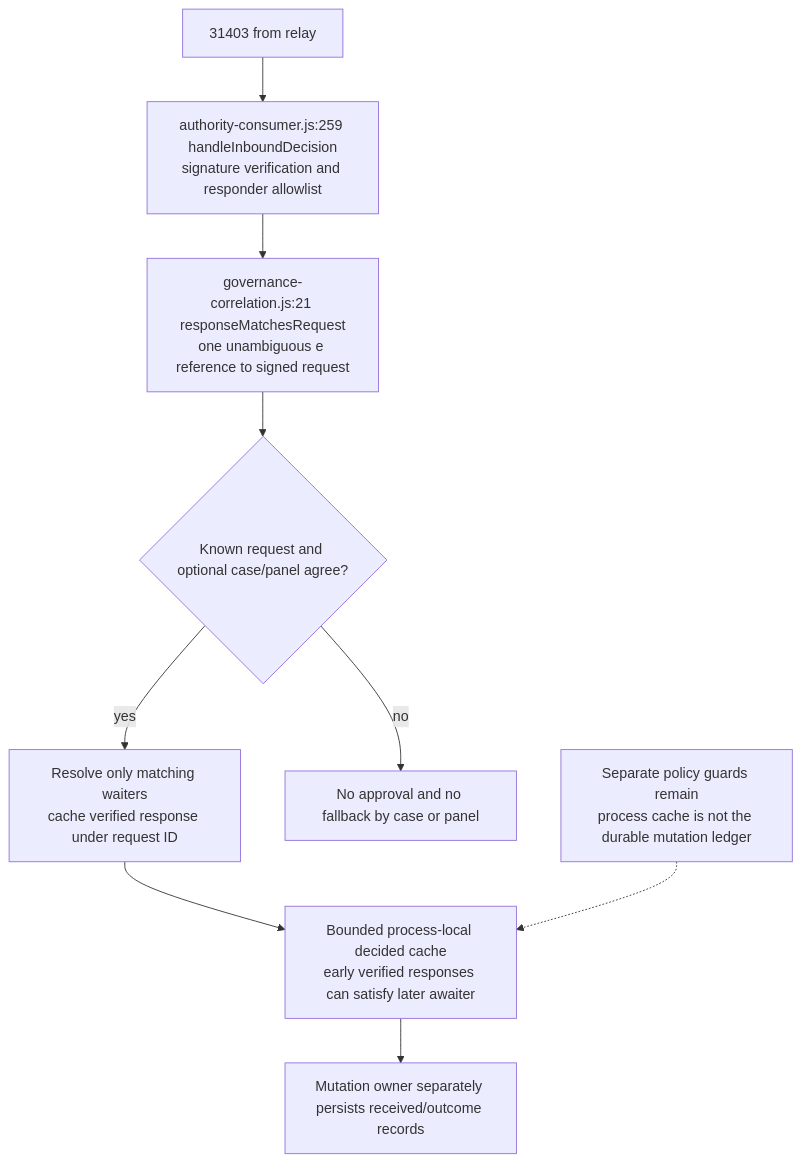
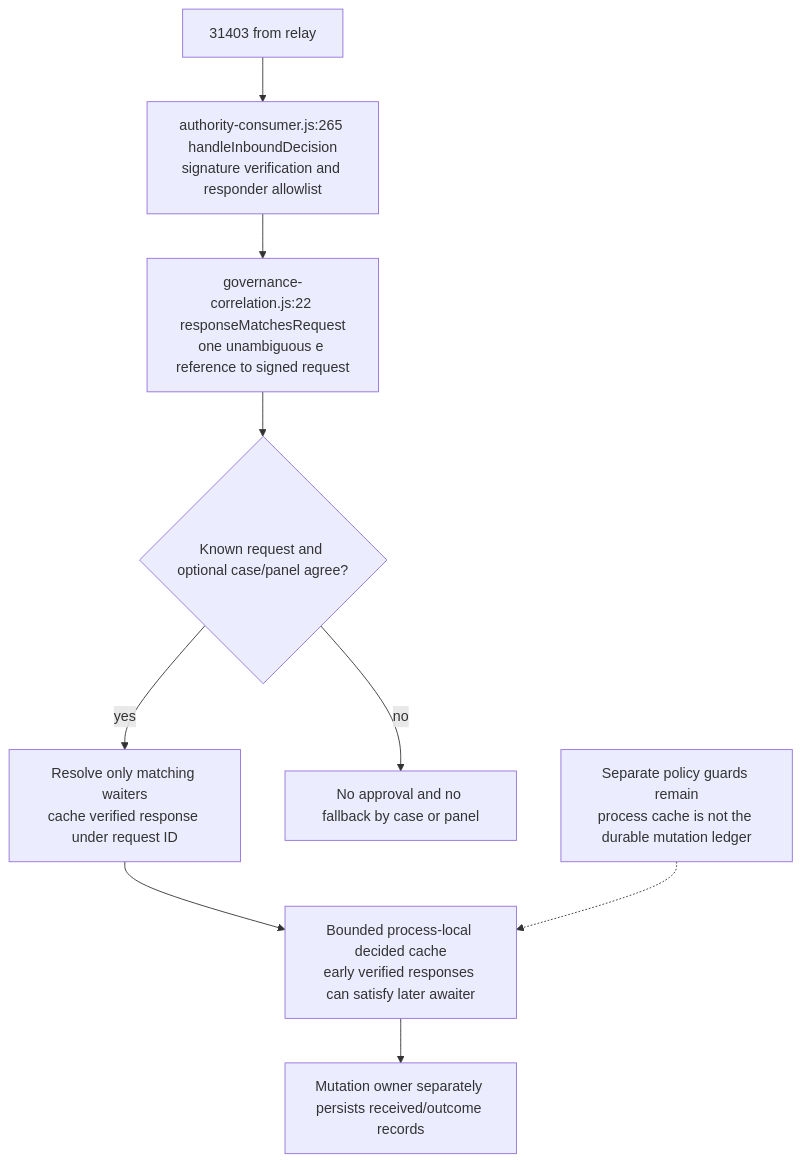
Before and after one commit to DreamLab-AI/VisionFlow: diagram 11 of 16 in docs/diagrams/agentbox/11-identity-did-mandate-authority.md, drawn with Mermaid. The commit also changed other lines of this file and 8 other files, not shown here.

First line of the commit message:
docs(diagrams): re-verify the NIP-98 proxy topics and the custody counts at agentbox 0693c761c (VF-DIAGRAM-NIP98-DRIFT)

````diff
--- a/docs/diagrams/agentbox/11-identity-did-mandate-authority.md
+++ b/docs/diagrams/agentbox/11-identity-did-mandate-authority.md
@@ -478,11 +478,11 @@
 ```mermaid
 flowchart TD
-    Event["31403 from relay"] --> Verify["authority-consumer.js:259 handleInboundDecision<br/>signature verification and responder allowlist"]
-    Verify --> Reference["governance-correlation.js:21 responseMatchesRequest<br/>one unambiguous e reference to signed request"]
+    Event["31403 from relay"] --> Verify["authority-consumer.js:265 handleInboundDecision<br/>signature verification and responder allowlist"]
+    Verify --> Reference["governance-correlation.js:22 responseMatchesRequest<br/>one unambiguous e reference to signed request"]
     Reference --> Match{"Known request and optional case/panel agree?"}
     Match -->|yes| Resolve["Resolve only matching waiters<br/>cache verified response under request ID"]
     Match -->|no| Drop["No approval and no fallback by case or panel"]
     Resolve --> Cache["Bounded process-local decided cache<br/>early verified responses can satisfy later awaiter"]
     Cache --> Owner["Mutation owner separately persists received/outcome records"]
     Note["Separate policy guards remain<br/>process cache is not the durable mutation ledger"] -.-> Cache
 ```
````
